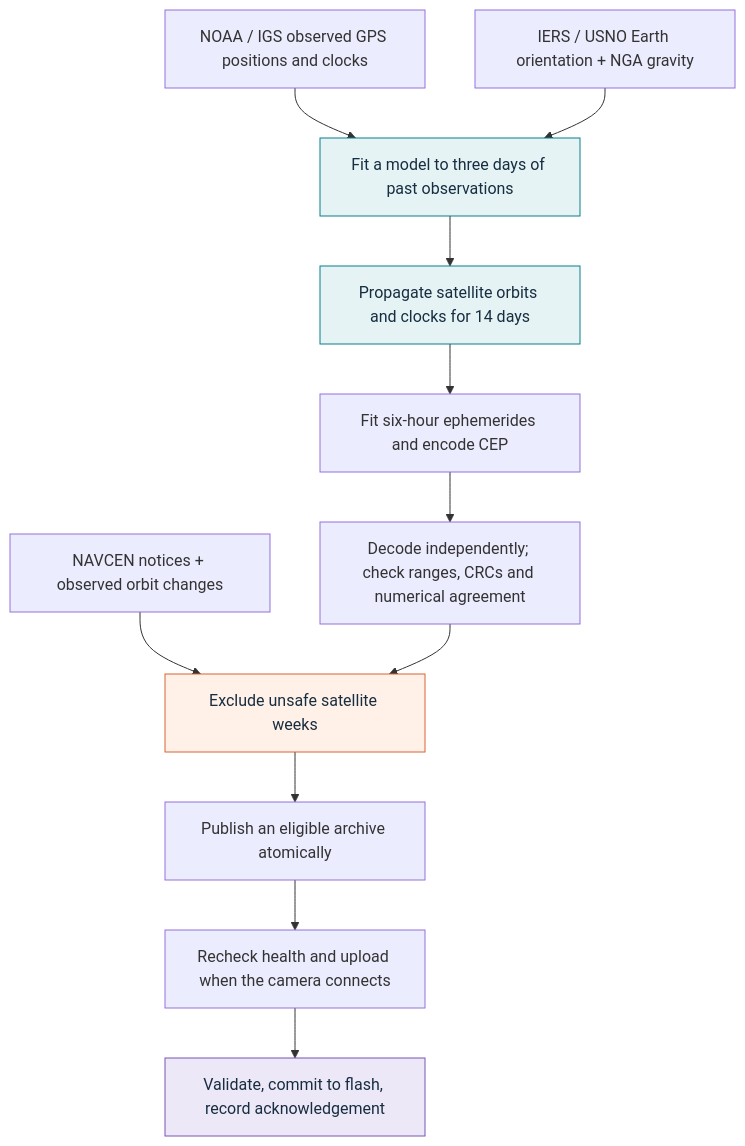
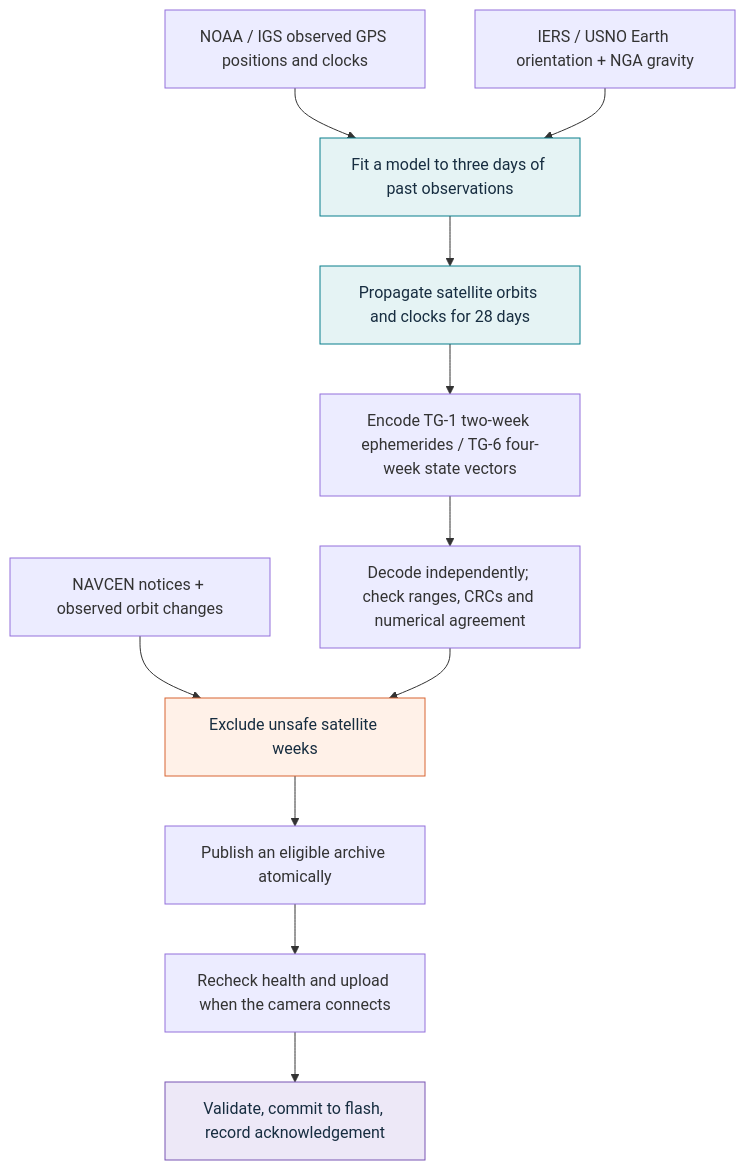
Before and after one commit to anderson-arlen/ToughFix: the diagram in README.md, drawn with Mermaid. The commit also changed other lines of this file and 14 other files, not shown here.

Commit message:
Match TG-6 official four-week assistance coverage

````diff
--- a/README.md
+++ b/README.md
@@ -234,17 +235,17 @@
 ```mermaid
 flowchart TD
     O["NOAA / IGS observed GPS positions and clocks"] --> F["Fit a model to three days of past observations"]
     E["IERS / USNO Earth orientation + NGA gravity"] --> F
-    F --> P["Propagate satellite orbits and clocks for 14 days"]
-    P --> C["Fit six-hour ephemerides and encode CEP"]
+    F --> P["Propagate satellite orbits and clocks for 28 days"]
+    P --> C["Encode TG-1 two-week ephemerides / TG-6 four-week state vectors"]
     C --> V["Decode independently; check ranges, CRCs and numerical agreement"]
     N["NAVCEN notices + observed orbit changes"] --> H["Exclude unsafe satellite weeks"]
     V --> H
     H --> A["Publish an eligible archive atomically"]
     A --> U["Recheck health and upload when the camera connects"]
     U --> K["Validate, commit to flash, record acknowledgement"]
     style F fill:#e5f3f4,stroke:#087f8c,color:#172d40
     style P fill:#e5f3f4,stroke:#087f8c,color:#172d40
     style H fill:#fff1e8,stroke:#d86532,color:#172d40
     style K fill:#ede8f7,stroke:#7954b3,color:#172d40
 ```
````
